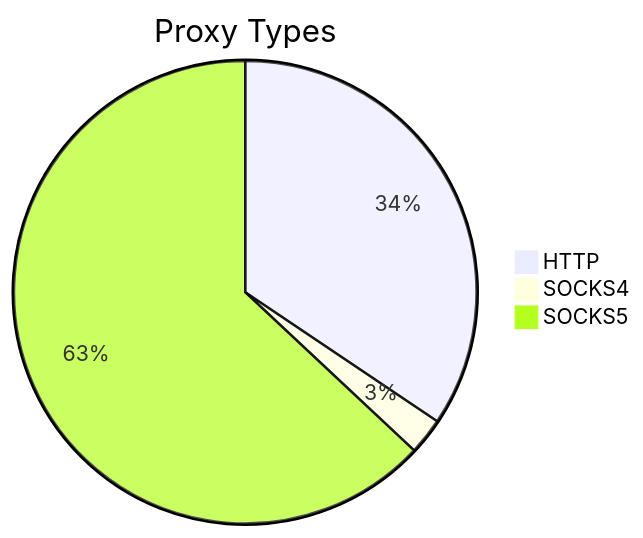
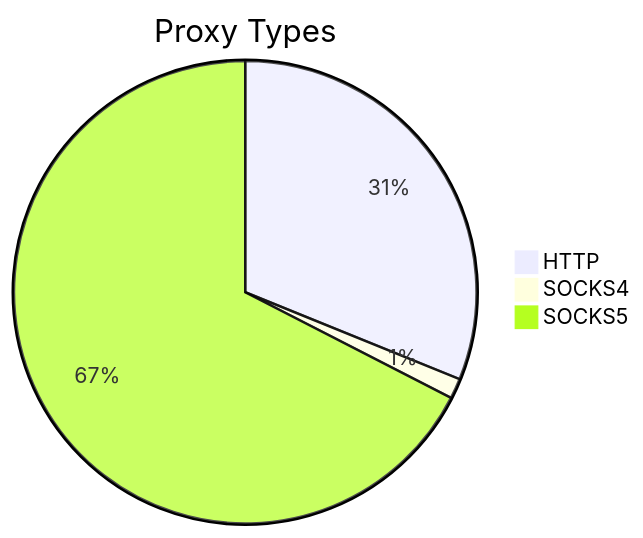
One commit to stormsia/proxy-list changed the first of 2 diagrams in README.md. Above: the diagram before and after it, drawn with Mermaid. The commit also changed other lines of this file, not shown here.

````diff
--- a/README.md
+++ b/README.md
@@ -21,6 +21,6 @@
 ```mermaid
 pie title Proxy Types
-    "HTTP" : 148
-    "SOCKS4" : 11
-    "SOCKS5" : 271
+    "HTTP" : 66
+    "SOCKS4" : 3
+    "SOCKS5" : 143
 ```
````
